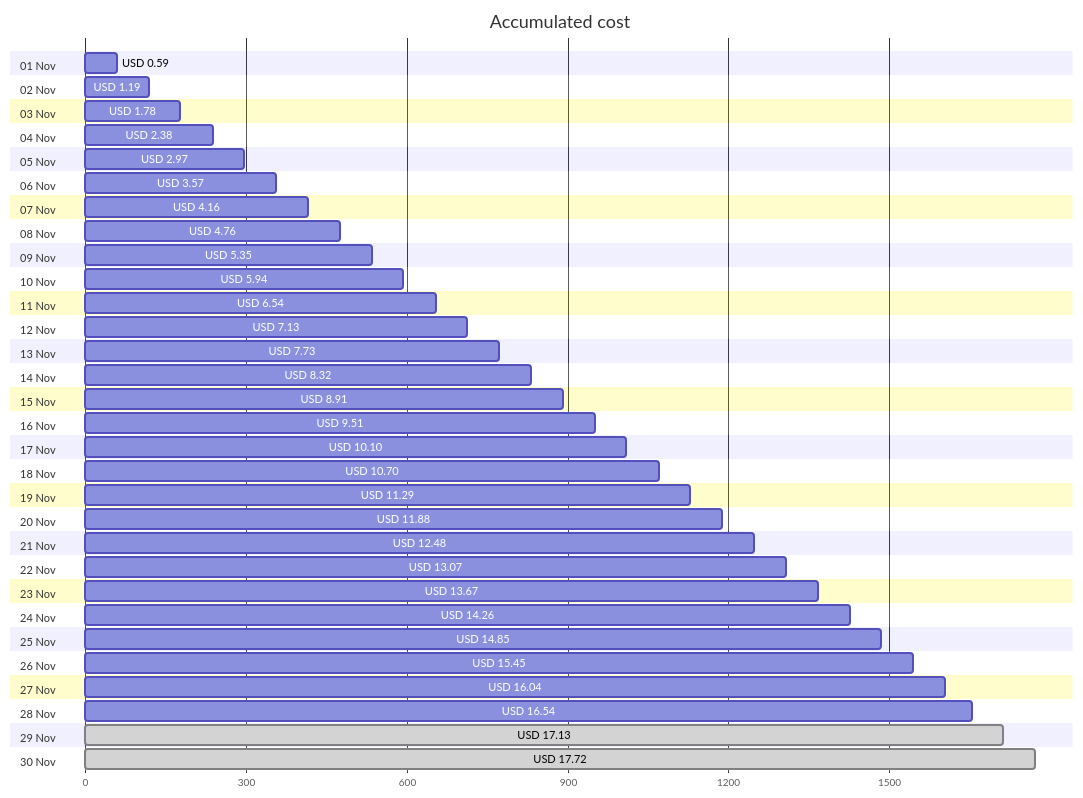
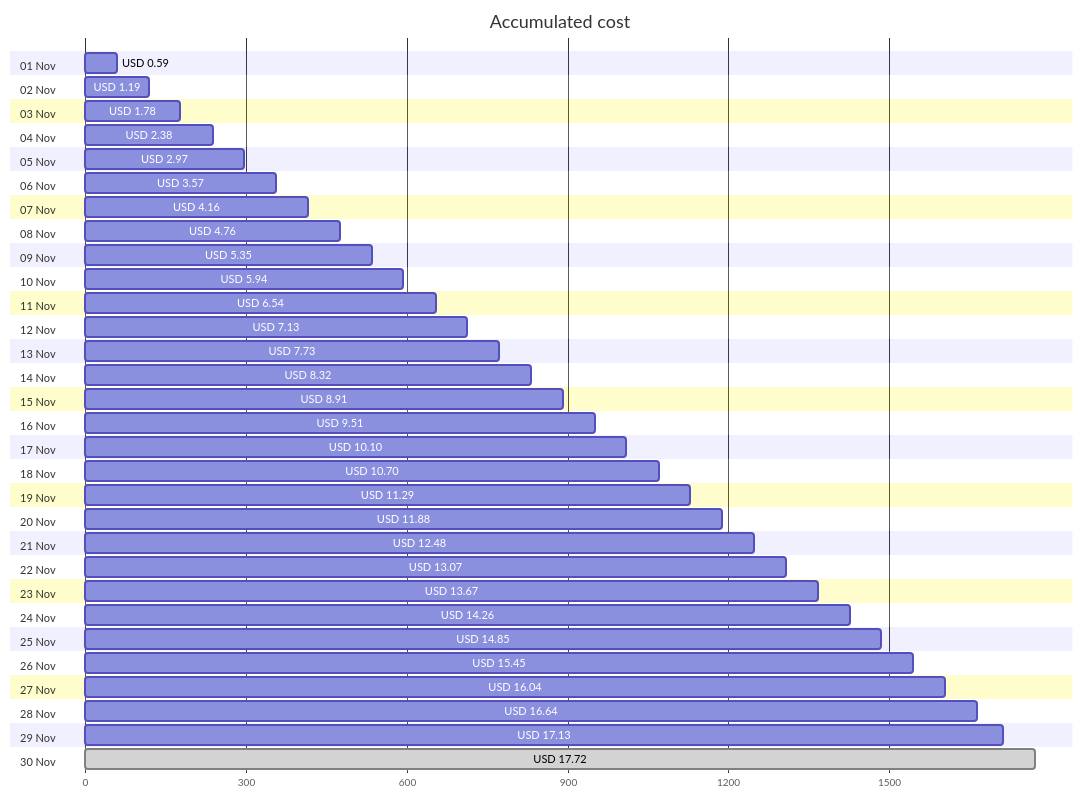
The first of 4 diagrams in cost-reports/personal-site/README.md (jpfulton/azure-personal-reports), drawn with Mermaid before and after one commit. The commit also changed other lines of this file and 6 other files, not shown here.

````diff
--- a/cost-reports/personal-site/README.md
+++ b/cost-reports/personal-site/README.md
@@ -20,66 +20,66 @@
 ```mermaid
 gantt
    title Accumulated cost
    dateFormat  X
    axisFormat %s
    section 01 Nov
    USD 0.59 :0, 59
    section 02 Nov
    USD 1.19 :0, 119
    section 03 Nov
    USD 1.78 :0, 178
    section 04 Nov
    USD 2.38 :0, 238
    section 05 Nov
    USD 2.97 :0, 297
    section 06 Nov
    USD 3.57 :0, 357
    section 07 Nov
    USD 4.16 :0, 416
    section 08 Nov
    USD 4.76 :0, 476
    section 09 Nov
    USD 5.35 :0, 535
    section 10 Nov
    USD 5.94 :0, 594
    section 11 Nov
    USD 6.54 :0, 654
    section 12 Nov
    USD 7.13 :0, 713
    section 13 Nov
    USD 7.73 :0, 773
    section 14 Nov
    USD 8.32 :0, 832
    section 15 Nov
    USD 8.91 :0, 891
    section 16 Nov
    USD 9.51 :0, 951
    section 17 Nov
    USD 10.10 :0, 1010
    section 18 Nov
    USD 10.70 :0, 1070
    section 19 Nov
    USD 11.29 :0, 1129
    section 20 Nov
    USD 11.88 :0, 1188
    section 21 Nov
    USD 12.48 :0, 1248
    section 22 Nov
    USD 13.07 :0, 1307
    section 23 Nov
    USD 13.67 :0, 1367
    section 24 Nov
    USD 14.26 :0, 1426
    section 25 Nov
    USD 14.85 :0, 1485
    section 26 Nov
    USD 15.45 :0, 1545
    section 27 Nov
    USD 16.04 :0, 1604
    section 28 Nov
-   USD 16.54 :0, 1654
+   USD 16.64 :0, 1664
    section 29 Nov
-   USD 17.13 : done, 0, 1713
+   USD 17.13 :0, 1713
    section 30 Nov
    USD 17.72 : done, 0, 1772
 ```
````
